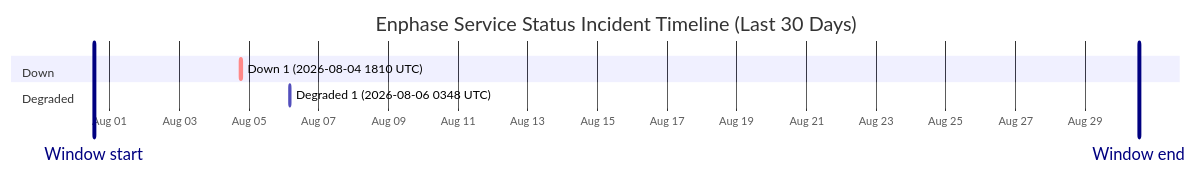
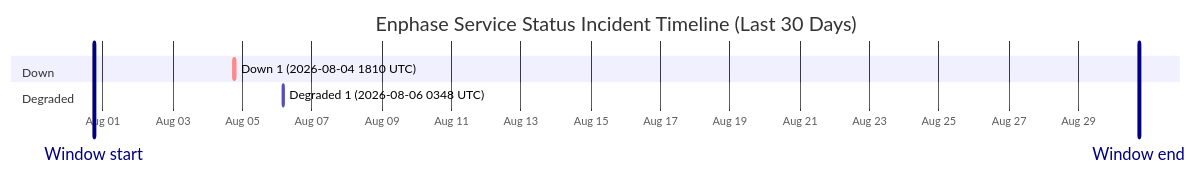
Before and after one commit to barneyonline/ha-enphase-energy: the diagram in wiki/Service-Status-History.md, drawn with Mermaid. The commit also changed other lines of this file and 3 other files, not shown here.

````diff
--- a/wiki/Service-Status-History.md
+++ b/wiki/Service-Status-History.md
@@ -14,12 +14,12 @@
 ```mermaid
 gantt
     title Enphase Service Status Incident Timeline (Last 30 Days)
     dateFormat  YYYY-MM-DDTHH:mm:ss
     axisFormat  %b %d
-    Window start :vert, window-start, 2026-07-31T13:07:13, 0ms
-    Window end :vert, window-end, 2026-08-30T13:07:13, 0ms
+    Window start :vert, window-start, 2026-07-31T17:40:21, 0ms
+    Window end :vert, window-end, 2026-08-30T17:40:21, 0ms
     section Down
     Down 1 (2026-08-04 1810 UTC) :crit, down-1, 2026-08-04T18:10:46, 60m
     section Degraded
     Degraded 1 (2026-08-06 0348 UTC) :active, degraded-1, 2026-08-06T03:48:14, 60m
 ```
````
